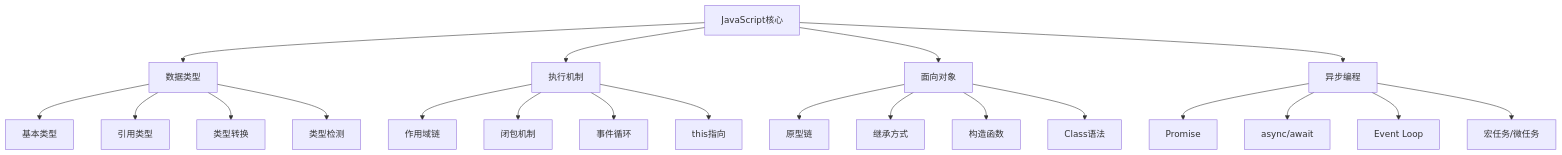
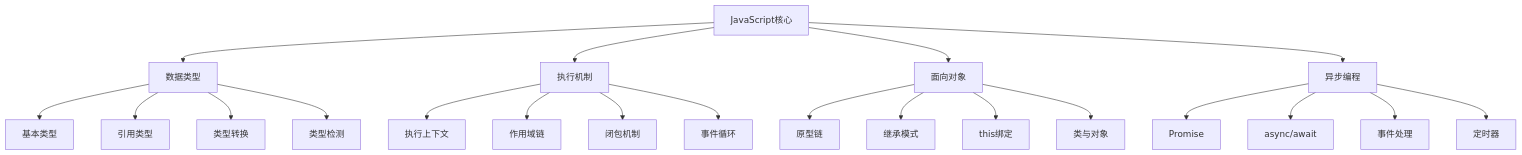
The diagram in questions/frontend/javascript-core.md (ming-xwolf/IQB), drawn with Mermaid before and after one commit. The commit also changed other lines of this file and 6 other files, not shown here.

Commit message:
feat: 完善frontend面试题库 - 新增浏览器API、代码质量、性能监控、Vue基础等核心内容，包含Mermaid图表和分级难度，提供全面的前端面试知识体系

````diff
--- a/questions/frontend/javascript-core.md
+++ b/questions/frontend/javascript-core.md
@@ -14,27 +14,27 @@
 ```mermaid
 graph TD
     A[JavaScript核心] --> B[数据类型]
     A --> C[执行机制]
     A --> D[面向对象]
     A --> E[异步编程]
     
     B --> B1[基本类型]
     B --> B2[引用类型]
     B --> B3[类型转换]
     B --> B4[类型检测]
     
-    C --> C1[作用域链]
-    C --> C2[闭包机制]
-    C --> C3[事件循环]
-    C --> C4[this指向]
+    C --> C1[执行上下文]
+    C --> C2[作用域链]
+    C --> C3[闭包机制]
+    C --> C4[事件循环]
     
     D --> D1[原型链]
-    D --> D2[继承方式]
-    D --> D3[构造函数]
-    D --> D4[Class语法]
+    D --> D2[继承模式]
+    D --> D3[this绑定]
+    D --> D4[类与对象]
     
     E --> E1[Promise]
     E --> E2[async/await]
-    E --> E3[Event Loop]
-    E --> E4[宏任务/微任务]
+    E --> E3[事件处理]
+    E --> E4[定时器]
 ```
````
